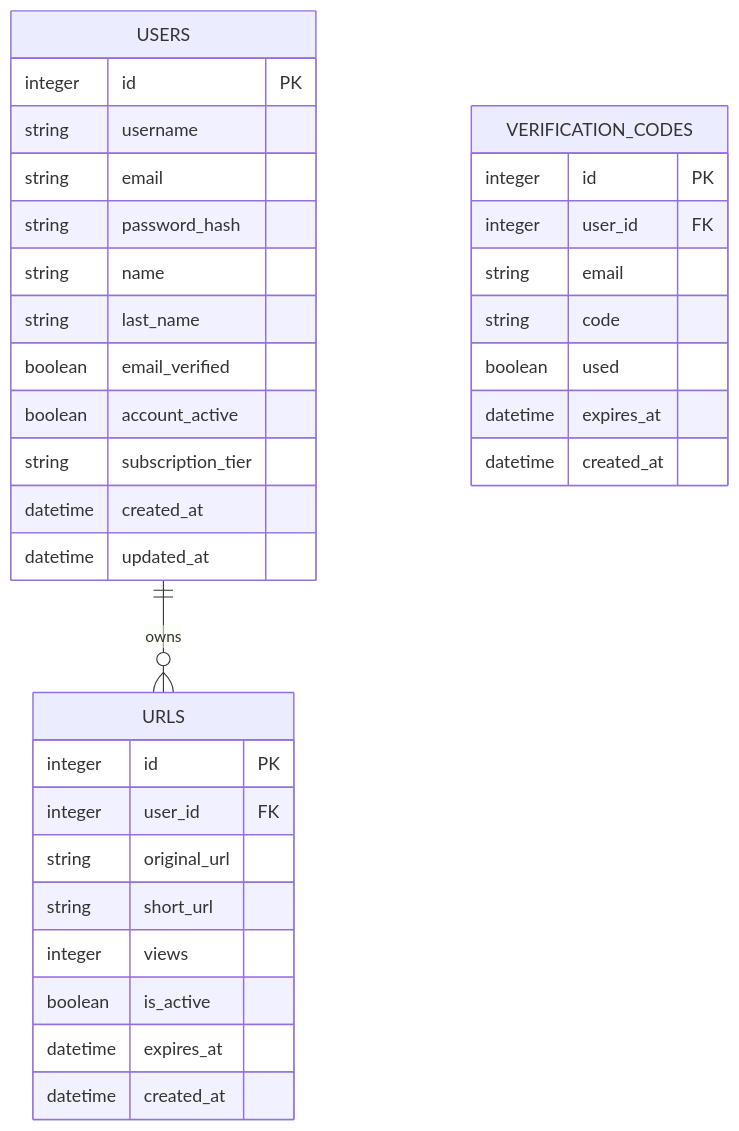
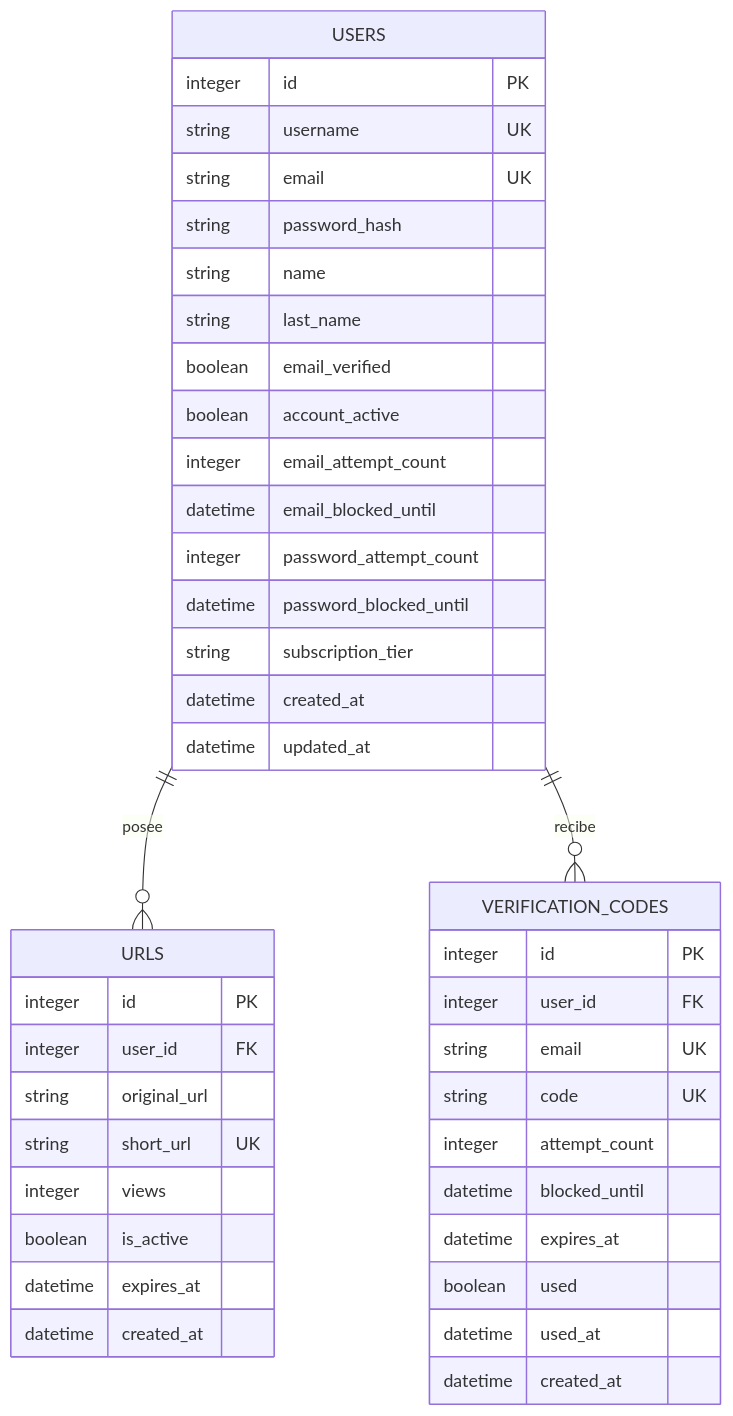
Before and after one commit to Joel-RD/erdl-backend: the diagram in docs/ARCHITECTURE.md, drawn with Mermaid. The commit also changed other lines of this file and 1 other file, not shown here.

Commit message:
refactor: update README and ARCHITECTURE documentation for clarity and completeness

````diff
--- a/docs/ARCHITECTURE.md
+++ b/docs/ARCHITECTURE.md
@@ -38,36 +130,44 @@
 ```mermaid
 erDiagram
-    USERS ||--o{ URLS : "owns"
+    USERS ||--o{ URLS : "posee"
+    USERS ||--o{ VERIFICATION_CODES : "recibe"
     USERS {
         integer id PK
-        string username
-        string email
+        string username UK
+        string email UK
         string password_hash
         string name
         string last_name
         boolean email_verified
         boolean account_active
+        integer email_attempt_count
+        datetime email_blocked_until
+        integer password_attempt_count
+        datetime password_blocked_until
         string subscription_tier
         datetime created_at
         datetime updated_at
     }
     URLS {
         integer id PK
         integer user_id FK
         string original_url
-        string short_url
+        string short_url UK
         integer views
         boolean is_active
         datetime expires_at
         datetime created_at
     }
     VERIFICATION_CODES {
         integer id PK
         integer user_id FK
-        string email
-        string code
+        string email UK
+        string code UK
+        integer attempt_count
+        datetime blocked_until
+        datetime expires_at
         boolean used
-        datetime expires_at
+        datetime used_at
         datetime created_at
     }
 ```
````
